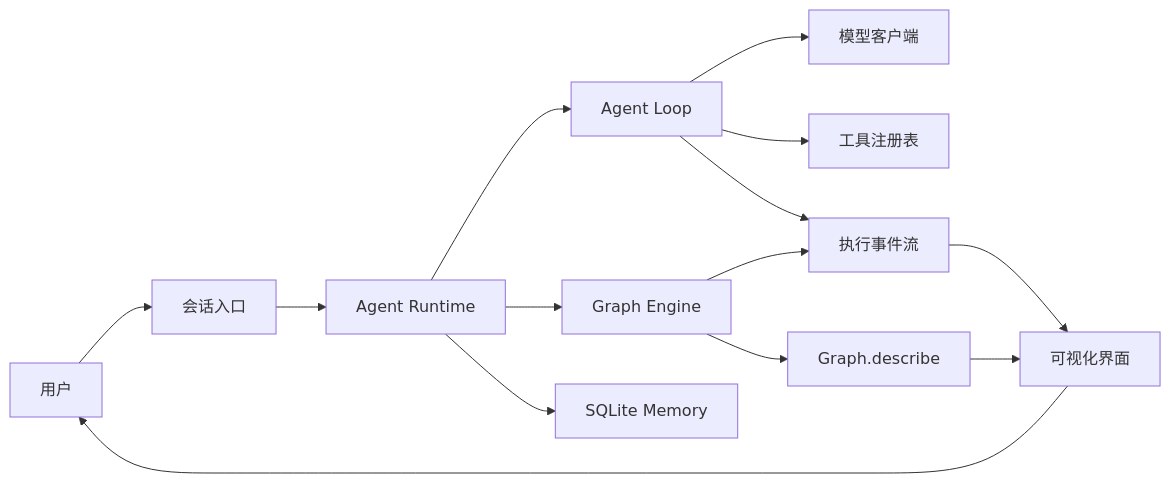
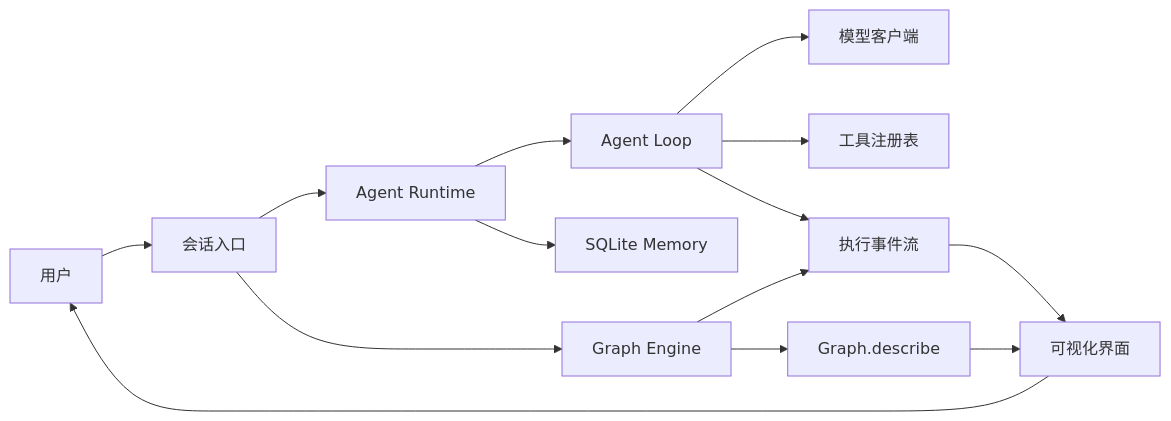
The diagram in README.md (z114880/everything-agent), drawn with Mermaid before and after one commit. The commit also changed other lines of this file and 29 other files, not shown here.

````diff
--- a/README.md
+++ b/README.md
@@ -83,16 +83,16 @@
 ```mermaid
 flowchart LR
     U[用户] --> C[会话入口]
     C --> R[Agent Runtime]
     R --> L[Agent Loop]
-    R --> G[Graph Engine]
+    C --> G[Graph Engine]
     L --> M[模型客户端]
     L --> T[工具注册表]
     R --> ME[SQLite Memory]
     L --> E[执行事件流]
     G --> E[执行事件流]
     G --> D[Graph.describe]
     E --> V[可视化界面]
     D --> V
     V --> U
 ```
````
